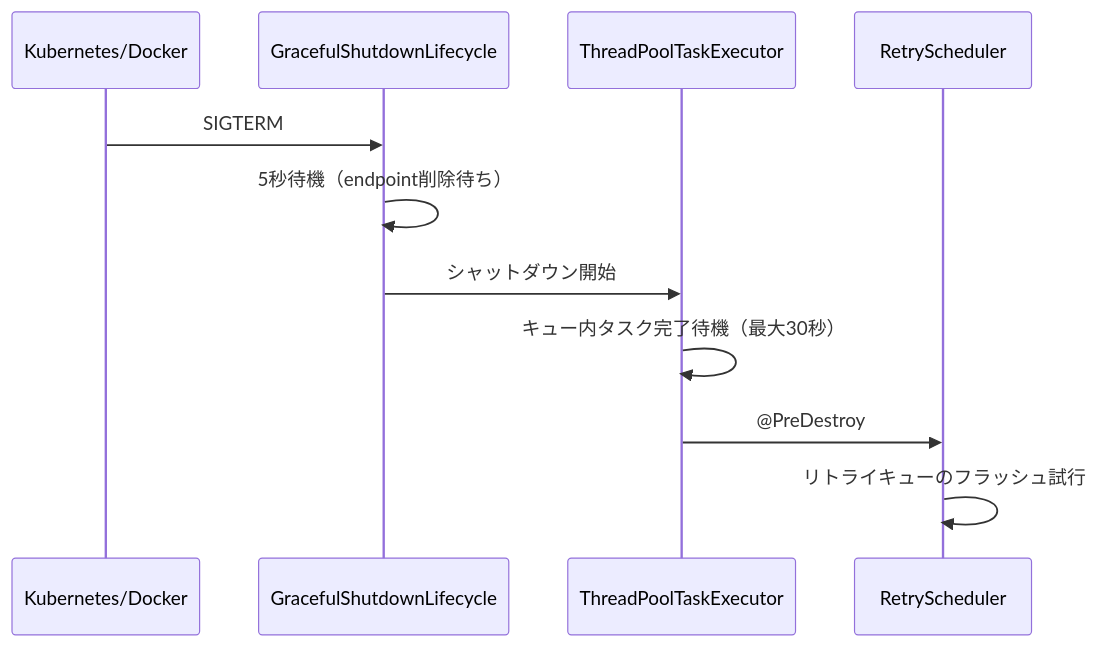
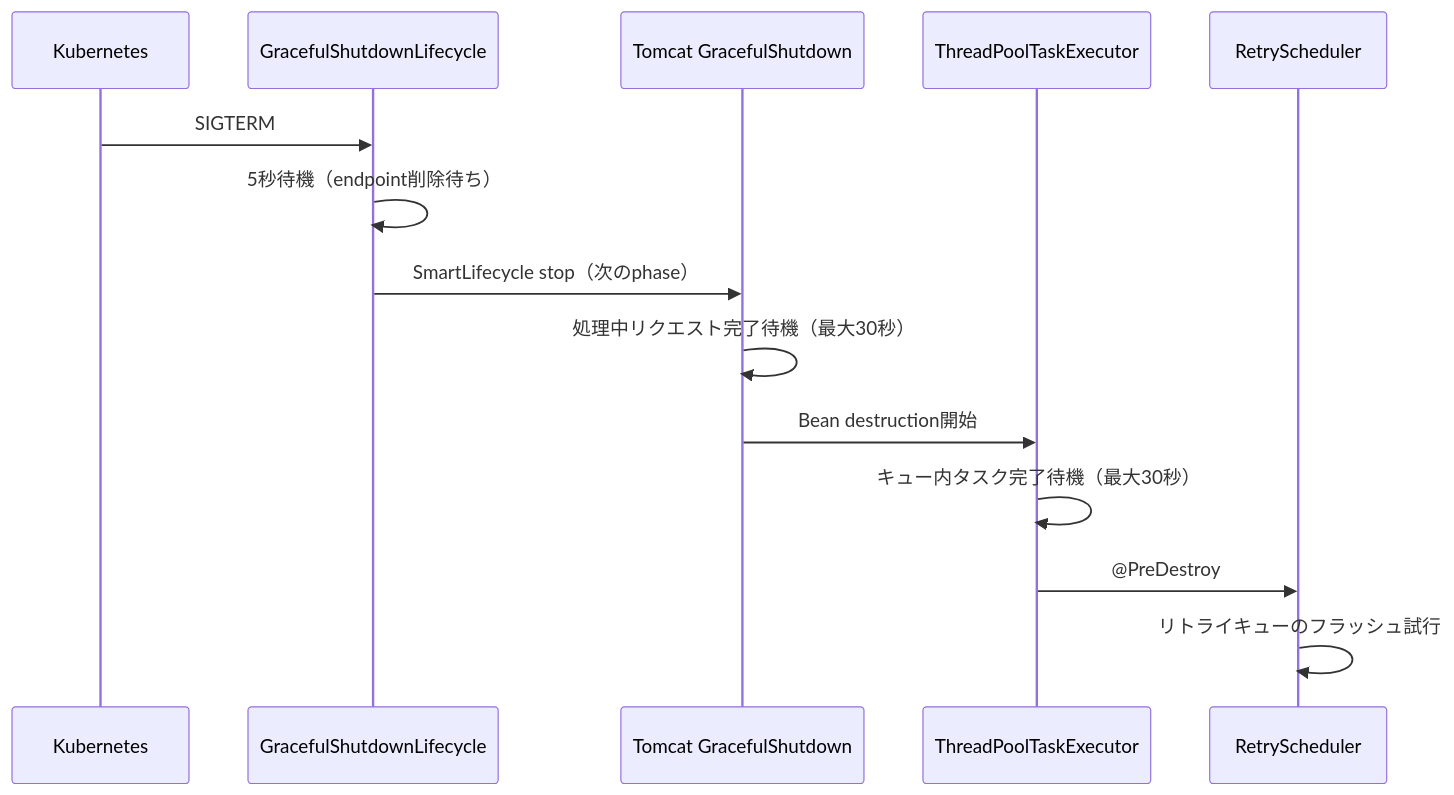
One commit to hirokazu-kobayashi-koba-hiro/idp-server changed the third of 3 diagrams in documentation/docs/content_03_concepts/07-operations/concept-04-operations.md. Above: the diagram before and after it, drawn with Mermaid. The commit also changed other lines of this file and 2 other files, not shown here.

````diff
--- a/documentation/docs/content_03_concepts/07-operations/concept-04-operations.md
+++ b/documentation/docs/content_03_concepts/07-operations/concept-04-operations.md
@@ -90,14 +90,17 @@
 ```mermaid
 sequenceDiagram
-    participant K as Kubernetes/Docker
+    participant K as Kubernetes
     participant G as GracefulShutdownLifecycle
+    participant W as Tomcat GracefulShutdown
     participant T as ThreadPoolTaskExecutor
     participant R as RetryScheduler
 
     K->>G: SIGTERM
     G->>G: 5秒待機（endpoint削除待ち）
-    G->>T: シャットダウン開始
+    G->>W: SmartLifecycle stop（次のphase）
+    W->>W: 処理中リクエスト完了待機（最大30秒）
+    W->>T: Bean destruction開始
     T->>T: キュー内タスク完了待機（最大30秒）
     T->>R: @PreDestroy
     R->>R: リトライキューのフラッシュ試行
 ```
````
